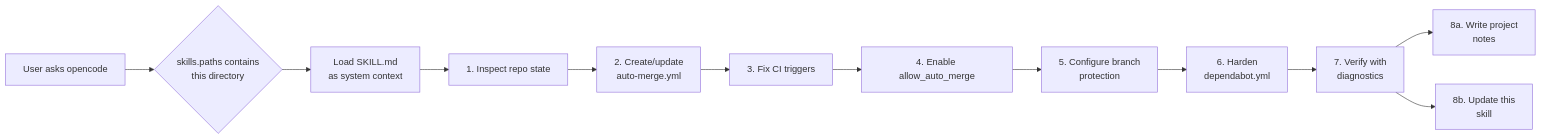
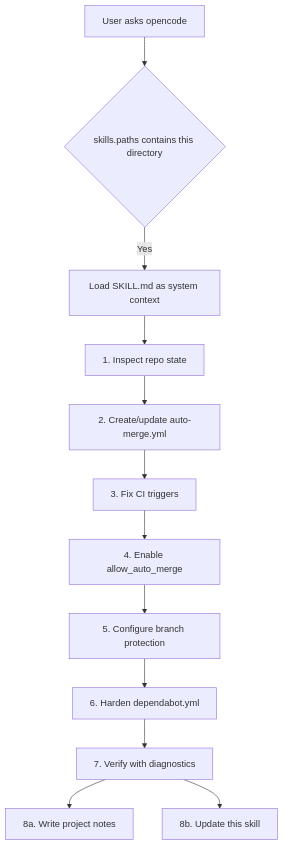
The second of 3 diagrams in README.md (XenoAmess/dependabot-automerge-skill), drawn with Mermaid before and after one commit.

Commit message:
docs: switch skill lifecycle diagram from LR to TD layout

````diff
--- a/README.md
+++ b/README.md
@@ -109,14 +109,14 @@
 ```mermaid
-flowchart LR
-    User[User asks opencode] --> Config{skills.paths contains\nthis directory}
-    Config --> Load[Load SKILL.md\nas system context]
-    Load --> Inspect[1. Inspect repo state]
-    Inspect --> Workflow[2. Create/update\nauto-merge.yml]
-    Workflow --> Trigger[3. Fix CI triggers]
-    Trigger --> Flag[4. Enable allow_auto_merge]
-    Flag --> Branch[5. Configure branch\nprotection]
-    Branch --> Dependabot[6. Harden\ndependabot.yml]
-    Dependabot --> Verify[7. Verify with\ndiagnostics]
-    Verify --> Notes[8a. Write project\nnotes]
-    Verify --> Update[8b. Update this\nskill]
+flowchart TD
+    User["User asks opencode"] --> Config{"skills.paths contains this directory"}
+    Config -->|Yes| Load["Load SKILL.md as system context"]
+    Load --> Inspect["1. Inspect repo state"]
+    Inspect --> Workflow["2. Create/update auto-merge.yml"]
+    Workflow --> Trigger["3. Fix CI triggers"]
+    Trigger --> Flag["4. Enable allow_auto_merge"]
+    Flag --> Branch["5. Configure branch protection"]
+    Branch --> Dependabot["6. Harden dependabot.yml"]
+    Dependabot --> Verify["7. Verify with diagnostics"]
+    Verify --> Notes["8a. Write project notes"]
+    Verify --> Update["8b. Update this skill"]
 ```
````
